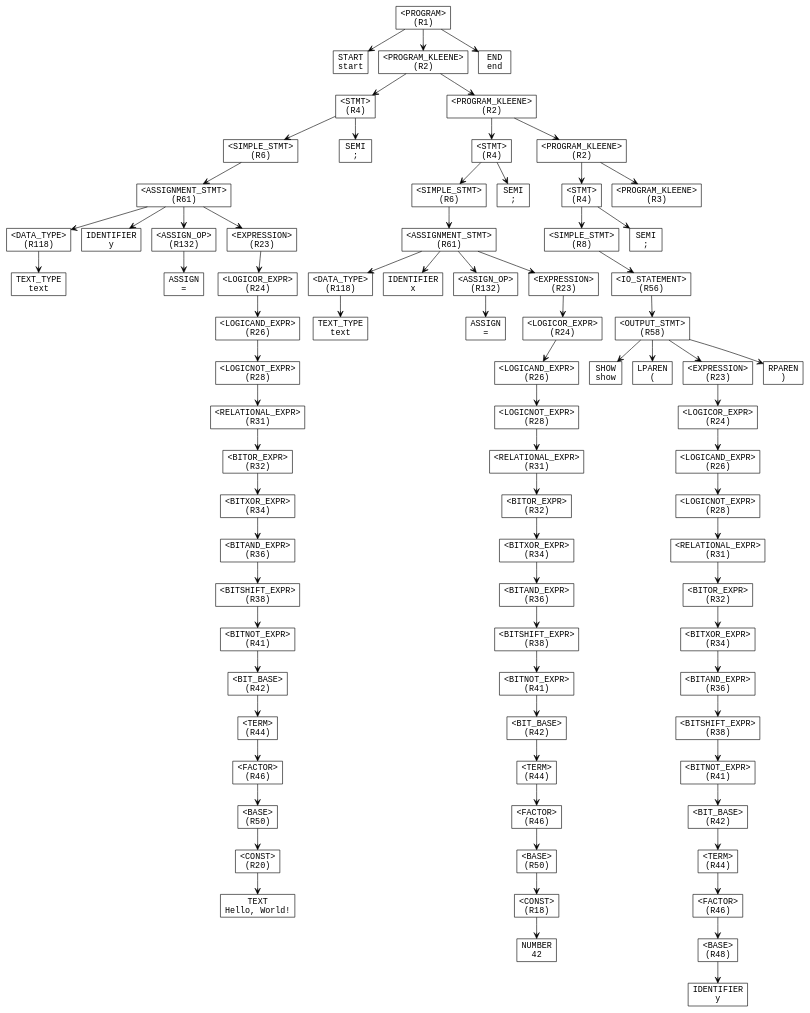
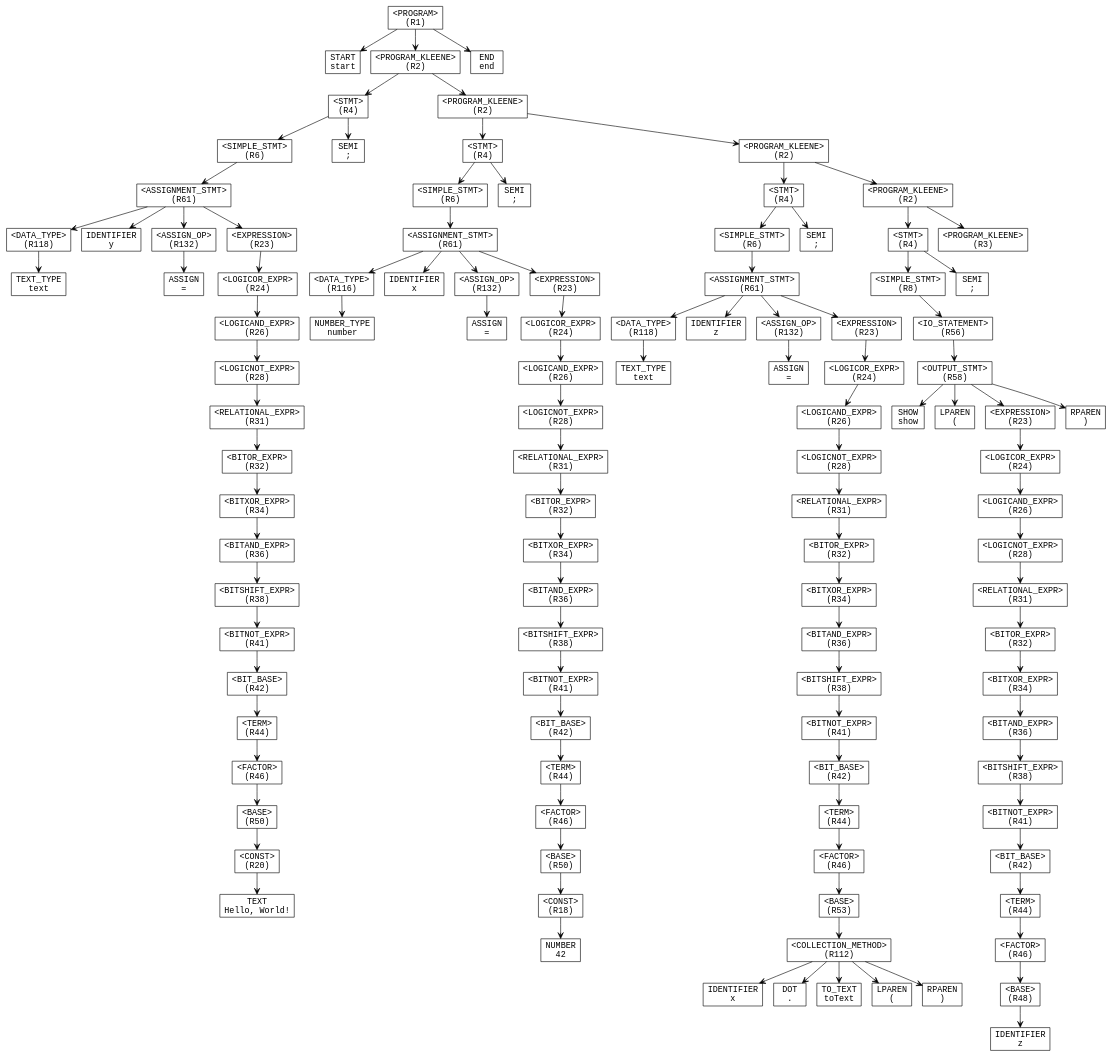
One commit to AjDesuuu/Upspyre-Programming-Language changed the diagram in parse_tree.dot. Above: the diagram before and after it, drawn with Graphviz. The commit also changed 8 other files, not shown here.

```diff
--- a/parse_tree.dot
+++ b/parse_tree.dot
@@ -1,163 +1,223 @@
 digraph ParseTree {
   node [shape=box, fontname="Courier"];
   edge [arrowhead=vee];
-  n1260246585 [label="<PROGRAM>\n(R1)"];
-  n1563954645 [label="START\nstart"];
-  n1260246585 -> n1563954645;
-  n1951884968 [label="<PROGRAM_KLEENE>\n(R2)"];
-  n1493128548 [label="<STMT>\n(R4)"];
-  n2113334364 [label="<SIMPLE_STMT>\n(R6)"];
-  n1622999186 [label="<ASSIGNMENT_STMT>\n(R61)"];
-  n797988875 [label="<DATA_TYPE>\n(R118)"];
-  n224816360 [label="TEXT_TYPE\ntext"];
-  n797988875 -> n224816360;
-  n1622999186 -> n797988875;
-  n1203303700 [label="IDENTIFIER\ny"];
-  n1622999186 -> n1203303700;
-  n1326044385 [label="<ASSIGN_OP>\n(R132)"];
-  n1651805451 [label="ASSIGN\n="];
-  n1326044385 -> n1651805451;
-  n1622999186 -> n1326044385;
-  n1548463233 [label="<EXPRESSION>\n(R23)"];
-  n1557914185 [label="<LOGICOR_EXPR>\n(R24)"];
-  n1567919087 [label="<LOGICAND_EXPR>\n(R26)"];
-  n464411039 [label="<LOGICNOT_EXPR>\n(R28)"];
-  n444649935 [label="<RELATIONAL_EXPR>\n(R31)"];
-  n424325500 [label="<BITOR_EXPR>\n(R32)"];
-  n1612212809 [label="<BITXOR_EXPR>\n(R34)"];
-  n152282484 [label="<BITAND_EXPR>\n(R36)"];
-  n352387888 [label="<BITSHIFT_EXPR>\n(R38)"];
-  n1502384573 [label="<BITNOT_EXPR>\n(R41)"];
-  n2053501671 [label="<BIT_BASE>\n(R42)"];
-  n1858719962 [label="<TERM>\n(R44)"];
-  n1942767280 [label="<FACTOR>\n(R46)"];
-  n1324363789 [label="<BASE>\n(R50)"];
-  n467075582 [label="<CONST>\n(R20)"];
-  n1001938270 [label="TEXT\nHello, World!"];
+  n2113334364 [label="<PROGRAM>\n(R1)"];
+  n1622999186 [label="START\nstart"];
+  n2113334364 -> n1622999186;
+  n1567919087 [label="<PROGRAM_KLEENE>\n(R2)"];
+  n464411039 [label="<STMT>\n(R4)"];
+  n444649935 [label="<SIMPLE_STMT>\n(R6)"];
+  n424325500 [label="<ASSIGNMENT_STMT>\n(R61)"];
+  n1612212809 [label="<DATA_TYPE>\n(R118)"];
+  n152282484 [label="TEXT_TYPE\ntext"];
+  n1612212809 -> n152282484;
+  n424325500 -> n1612212809;
+  n352387888 [label="IDENTIFIER\ny"];
+  n424325500 -> n352387888;
+  n1502384573 [label="<ASSIGN_OP>\n(R132)"];
+  n2053501671 [label="ASSIGN\n="];
+  n1502384573 -> n2053501671;
+  n424325500 -> n1502384573;
+  n1858719962 [label="<EXPRESSION>\n(R23)"];
+  n1942767280 [label="<LOGICOR_EXPR>\n(R24)"];
+  n1324363789 [label="<LOGICAND_EXPR>\n(R26)"];
+  n467075582 [label="<LOGICNOT_EXPR>\n(R28)"];
+  n1001938270 [label="<RELATIONAL_EXPR>\n(R31)"];
+  n709915999 [label="<BITOR_EXPR>\n(R32)"];
+  n1710180416 [label="<BITXOR_EXPR>\n(R34)"];
+  n1175743986 [label="<BITAND_EXPR>\n(R36)"];
+  n1061132995 [label="<BITSHIFT_EXPR>\n(R38)"];
+  n384625398 [label="<BITNOT_EXPR>\n(R41)"];
+  n157158691 [label="<BIT_BASE>\n(R42)"];
+  n1824557575 [label="<TERM>\n(R44)"];
+  n803929310 [label="<FACTOR>\n(R46)"];
+  n1579161743 [label="<BASE>\n(R50)"];
+  n669921661 [label="<CONST>\n(R20)"];
+  n1335232309 [label="TEXT\nHello, World!"];
+  n669921661 -> n1335232309;
+  n1579161743 -> n669921661;
+  n803929310 -> n1579161743;
+  n1824557575 -> n803929310;
+  n157158691 -> n1824557575;
+  n384625398 -> n157158691;
+  n1061132995 -> n384625398;
+  n1175743986 -> n1061132995;
+  n1710180416 -> n1175743986;
+  n709915999 -> n1710180416;
+  n1001938270 -> n709915999;
   n467075582 -> n1001938270;
   n1324363789 -> n467075582;
   n1942767280 -> n1324363789;
   n1858719962 -> n1942767280;
-  n2053501671 -> n1858719962;
-  n1502384573 -> n2053501671;
-  n352387888 -> n1502384573;
-  n152282484 -> n352387888;
-  n1612212809 -> n152282484;
-  n424325500 -> n1612212809;
+  n424325500 -> n1858719962;
   n444649935 -> n424325500;
   n464411039 -> n444649935;
+  n937561621 [label="SEMI\n;"];
+  n464411039 -> n937561621;
   n1567919087 -> n464411039;
-  n1557914185 -> n1567919087;
-  n1548463233 -> n1557914185;
-  n1622999186 -> n1548463233;
-  n2113334364 -> n1622999186;
-  n1493128548 -> n2113334364;
-  n709915999 [label="SEMI\n;"];
-  n1493128548 -> n709915999;
-  n1951884968 -> n1493128548;
-  n1710180416 [label="<PROGRAM_KLEENE>\n(R2)"];
-  n1175743986 [label="<STMT>\n(R4)"];
-  n1061132995 [label="<SIMPLE_STMT>\n(R6)"];
-  n384625398 [label="<ASSIGNMENT_STMT>\n(R61)"];
-  n157158691 [label="<DATA_TYPE>\n(R118)"];
-  n1824557575 [label="TEXT_TYPE\ntext"];
-  n157158691 -> n1824557575;
-  n384625398 -> n157158691;
-  n803929310 [label="IDENTIFIER\nx"];
-  n384625398 -> n803929310;
-  n1579161743 [label="<ASSIGN_OP>\n(R132)"];
-  n669921661 [label="ASSIGN\n="];
-  n1579161743 -> n669921661;
-  n384625398 -> n1579161743;
-  n1335232309 [label="<EXPRESSION>\n(R23)"];
-  n937561621 [label="<LOGICOR_EXPR>\n(R24)"];
-  n1767410694 [label="<LOGICAND_EXPR>\n(R26)"];
-  n1072381321 [label="<LOGICNOT_EXPR>\n(R28)"];
-  n1086008046 [label="<RELATIONAL_EXPR>\n(R31)"];
-  n1728976458 [label="<BITOR_EXPR>\n(R32)"];
-  n1251712529 [label="<BITXOR_EXPR>\n(R34)"];
-  n746255806 [label="<BITAND_EXPR>\n(R36)"];
-  n890193541 [label="<BITSHIFT_EXPR>\n(R38)"];
-  n581216808 [label="<BITNOT_EXPR>\n(R41)"];
-  n886686587 [label="<BIT_BASE>\n(R42)"];
-  n1341458267 [label="<TERM>\n(R44)"];
-  n88910 [label="<FACTOR>\n(R46)"];
-  n124998796 [label="<BASE>\n(R50)"];
-  n2110491906 [label="<CONST>\n(R18)"];
-  n451121727 [label="NUMBER\n42"];
+  n1767410694 [label="<PROGRAM_KLEENE>\n(R2)"];
+  n1072381321 [label="<STMT>\n(R4)"];
+  n1086008046 [label="<SIMPLE_STMT>\n(R6)"];
+  n1728976458 [label="<ASSIGNMENT_STMT>\n(R61)"];
+  n1251712529 [label="<DATA_TYPE>\n(R116)"];
+  n746255806 [label="NUMBER_TYPE\nnumber"];
+  n1251712529 -> n746255806;
+  n1728976458 -> n1251712529;
+  n890193541 [label="IDENTIFIER\nx"];
+  n1728976458 -> n890193541;
+  n581216808 [label="<ASSIGN_OP>\n(R132)"];
+  n886686587 [label="ASSIGN\n="];
+  n581216808 -> n886686587;
+  n1728976458 -> n581216808;
+  n1341458267 [label="<EXPRESSION>\n(R23)"];
+  n88910 [label="<LOGICOR_EXPR>\n(R24)"];
+  n124998796 [label="<LOGICAND_EXPR>\n(R26)"];
+  n2110491906 [label="<LOGICNOT_EXPR>\n(R28)"];
+  n451121727 [label="<RELATIONAL_EXPR>\n(R31)"];
+  n280129798 [label="<BITOR_EXPR>\n(R32)"];
+  n234393768 [label="<BITXOR_EXPR>\n(R34)"];
+  n746241928 [label="<BITAND_EXPR>\n(R36)"];
+  n713994834 [label="<BITSHIFT_EXPR>\n(R38)"];
+  n691522628 [label="<BITNOT_EXPR>\n(R41)"];
+  n1610839066 [label="<BIT_BASE>\n(R42)"];
+  n435949933 [label="<TERM>\n(R44)"];
+  n1186937890 [label="<FACTOR>\n(R46)"];
+  n1375575389 [label="<BASE>\n(R50)"];
+  n715489500 [label="<CONST>\n(R18)"];
+  n1403751324 [label="NUMBER\n42"];
+  n715489500 -> n1403751324;
+  n1375575389 -> n715489500;
+  n1186937890 -> n1375575389;
+  n435949933 -> n1186937890;
+  n1610839066 -> n435949933;
+  n691522628 -> n1610839066;
+  n713994834 -> n691522628;
+  n746241928 -> n713994834;
+  n234393768 -> n746241928;
+  n280129798 -> n234393768;
+  n451121727 -> n280129798;
   n2110491906 -> n451121727;
   n124998796 -> n2110491906;
   n88910 -> n124998796;
   n1341458267 -> n88910;
-  n886686587 -> n1341458267;
-  n581216808 -> n886686587;
-  n890193541 -> n581216808;
-  n746255806 -> n890193541;
-  n1251712529 -> n746255806;
-  n1728976458 -> n1251712529;
+  n1728976458 -> n1341458267;
   n1086008046 -> n1728976458;
   n1072381321 -> n1086008046;
+  n1825240039 [label="SEMI\n;"];
+  n1072381321 -> n1825240039;
   n1767410694 -> n1072381321;
-  n937561621 -> n1767410694;
-  n1335232309 -> n937561621;
-  n384625398 -> n1335232309;
-  n1061132995 -> n384625398;
-  n1175743986 -> n1061132995;
-  n280129798 [label="SEMI\n;"];
-  n1175743986 -> n280129798;
-  n1710180416 -> n1175743986;
-  n234393768 [label="<PROGRAM_KLEENE>\n(R2)"];
-  n746241928 [label="<STMT>\n(R4)"];
-  n713994834 [label="<SIMPLE_STMT>\n(R8)"];
-  n691522628 [label="<IO_STATEMENT>\n(R56)"];
-  n1610839066 [label="<OUTPUT_STMT>\n(R58)"];
-  n435949933 [label="SHOW\nshow"];
-  n1610839066 -> n435949933;
-  n1186937890 [label="LPAREN\n("];
-  n1610839066 -> n1186937890;
-  n1375575389 [label="<EXPRESSION>\n(R23)"];
-  n715489500 [label="<LOGICOR_EXPR>\n(R24)"];
-  n1403751324 [label="<LOGICAND_EXPR>\n(R26)"];
-  n1825240039 [label="<LOGICNOT_EXPR>\n(R28)"];
-  n1373674582 [label="<RELATIONAL_EXPR>\n(R31)"];
-  n1464161750 [label="<BITOR_EXPR>\n(R32)"];
-  n1488831433 [label="<BITXOR_EXPR>\n(R34)"];
-  n1674794738 [label="<BITAND_EXPR>\n(R36)"];
-  n914650354 [label="<BITSHIFT_EXPR>\n(R38)"];
-  n1259502609 [label="<BITNOT_EXPR>\n(R41)"];
-  n2097634609 [label="<BIT_BASE>\n(R42)"];
-  n77258917 [label="<TERM>\n(R44)"];
-  n296494880 [label="<FACTOR>\n(R46)"];
-  n1233527792 [label="<BASE>\n(R48)"];
-  n246350116 [label="IDENTIFIER\ny"];
-  n1233527792 -> n246350116;
-  n296494880 -> n1233527792;
-  n77258917 -> n296494880;
-  n2097634609 -> n77258917;
-  n1259502609 -> n2097634609;
+  n1373674582 [label="<PROGRAM_KLEENE>\n(R2)"];
+  n1464161750 [label="<STMT>\n(R4)"];
+  n1488831433 [label="<SIMPLE_STMT>\n(R6)"];
+  n1674794738 [label="<ASSIGNMENT_STMT>\n(R61)"];
+  n914650354 [label="<DATA_TYPE>\n(R118)"];
+  n1259502609 [label="TEXT_TYPE\ntext"];
   n914650354 -> n1259502609;
   n1674794738 -> n914650354;
+  n2097634609 [label="IDENTIFIER\nz"];
+  n1674794738 -> n2097634609;
+  n77258917 [label="<ASSIGN_OP>\n(R132)"];
+  n296494880 [label="ASSIGN\n="];
+  n77258917 -> n296494880;
+  n1674794738 -> n77258917;
+  n1233527792 [label="<EXPRESSION>\n(R23)"];
+  n246350116 [label="<LOGICOR_EXPR>\n(R24)"];
+  n1575180188 [label="<LOGICAND_EXPR>\n(R26)"];
+  n755432999 [label="<LOGICNOT_EXPR>\n(R28)"];
+  n1432867284 [label="<RELATIONAL_EXPR>\n(R31)"];
+  n599219325 [label="<BITOR_EXPR>\n(R32)"];
+  n1680846880 [label="<BITXOR_EXPR>\n(R34)"];
+  n2118294852 [label="<BITAND_EXPR>\n(R36)"];
+  n364907049 [label="<BITSHIFT_EXPR>\n(R38)"];
+  n202238040 [label="<BITNOT_EXPR>\n(R41)"];
+  n356181833 [label="<BIT_BASE>\n(R42)"];
+  n2147020823 [label="<TERM>\n(R44)"];
+  n1786522755 [label="<FACTOR>\n(R46)"];
+  n164644540 [label="<BASE>\n(R53)"];
+  n1259534432 [label="<COLLECTION_METHOD>\n(R112)"];
+  n1943191901 [label="IDENTIFIER\nx"];
+  n1259534432 -> n1943191901;
+  n2017588112 [label="DOT\n."];
+  n1259534432 -> n2017588112;
+  n1940897666 [label="TO_TEXT\ntoText"];
+  n1259534432 -> n1940897666;
+  n799185007 [label="LPAREN\n("];
+  n1259534432 -> n799185007;
+  n1243577583 [label="RPAREN\n)"];
+  n1259534432 -> n1243577583;
+  n164644540 -> n1259534432;
+  n1786522755 -> n164644540;
+  n2147020823 -> n1786522755;
+  n356181833 -> n2147020823;
+  n202238040 -> n356181833;
+  n364907049 -> n202238040;
+  n2118294852 -> n364907049;
+  n1680846880 -> n2118294852;
+  n599219325 -> n1680846880;
+  n1432867284 -> n599219325;
+  n755432999 -> n1432867284;
+  n1575180188 -> n755432999;
+  n246350116 -> n1575180188;
+  n1233527792 -> n246350116;
+  n1674794738 -> n1233527792;
   n1488831433 -> n1674794738;
   n1464161750 -> n1488831433;
+  n1035324239 [label="SEMI\n;"];
+  n1464161750 -> n1035324239;
   n1373674582 -> n1464161750;
-  n1825240039 -> n1373674582;
-  n1403751324 -> n1825240039;
-  n715489500 -> n1403751324;
-  n1375575389 -> n715489500;
-  n1610839066 -> n1375575389;
-  n1575180188 [label="RPAREN\n)"];
-  n1610839066 -> n1575180188;
-  n691522628 -> n1610839066;
-  n713994834 -> n691522628;
-  n746241928 -> n713994834;
-  n755432999 [label="SEMI\n;"];
-  n746241928 -> n755432999;
-  n234393768 -> n746241928;
-  n1432867284 [label="<PROGRAM_KLEENE>\n(R3)"];
-  n234393768 -> n1432867284;
-  n1710180416 -> n234393768;
-  n1951884968 -> n1710180416;
-  n1260246585 -> n1951884968;
-  n599219325 [label="END\nend"];
-  n1260246585 -> n599219325;
+  n870850772 [label="<PROGRAM_KLEENE>\n(R2)"];
+  n137541414 [label="<STMT>\n(R4)"];
+  n972769995 [label="<SIMPLE_STMT>\n(R8)"];
+  n705106184 [label="<IO_STATEMENT>\n(R56)"];
+  n1478195740 [label="<OUTPUT_STMT>\n(R58)"];
+  n1158507966 [label="SHOW\nshow"];
+  n1478195740 -> n1158507966;
+  n641981126 [label="LPAREN\n("];
+  n1478195740 -> n641981126;
+  n886968407 [label="<EXPRESSION>\n(R23)"];
+  n924211018 [label="<LOGICOR_EXPR>\n(R24)"];
+  n425245835 [label="<LOGICAND_EXPR>\n(R26)"];
+  n561369228 [label="<LOGICNOT_EXPR>\n(R28)"];
+  n1701650525 [label="<RELATIONAL_EXPR>\n(R31)"];
+  n1623492541 [label="<BITOR_EXPR>\n(R32)"];
+  n1009046474 [label="<BITXOR_EXPR>\n(R34)"];
+  n861574514 [label="<BITAND_EXPR>\n(R36)"];
+  n1060709516 [label="<BITSHIFT_EXPR>\n(R38)"];
+  n2072290745 [label="<BITNOT_EXPR>\n(R41)"];
+  n1629782912 [label="<BIT_BASE>\n(R42)"];
+  n112356307 [label="<TERM>\n(R44)"];
+  n1893278413 [label="<FACTOR>\n(R46)"];
+  n783218690 [label="<BASE>\n(R48)"];
+  n1800619732 [label="IDENTIFIER\nz"];
+  n783218690 -> n1800619732;
+  n1893278413 -> n783218690;
+  n112356307 -> n1893278413;
+  n1629782912 -> n112356307;
+  n2072290745 -> n1629782912;
+  n1060709516 -> n2072290745;
+  n861574514 -> n1060709516;
+  n1009046474 -> n861574514;
+  n1623492541 -> n1009046474;
+  n1701650525 -> n1623492541;
+  n561369228 -> n1701650525;
+  n425245835 -> n561369228;
+  n924211018 -> n425245835;
+  n886968407 -> n924211018;
+  n1478195740 -> n886968407;
+  n2125087902 [label="RPAREN\n)"];
+  n1478195740 -> n2125087902;
+  n705106184 -> n1478195740;
+  n972769995 -> n705106184;
+  n137541414 -> n972769995;
+  n1197268684 [label="SEMI\n;"];
+  n137541414 -> n1197268684;
+  n870850772 -> n137541414;
+  n510345421 [label="<PROGRAM_KLEENE>\n(R3)"];
+  n870850772 -> n510345421;
+  n1373674582 -> n870850772;
+  n1767410694 -> n1373674582;
+  n1567919087 -> n1767410694;
+  n2113334364 -> n1567919087;
+  n1870647346 [label="END\nend"];
+  n2113334364 -> n1870647346;
 }
```
